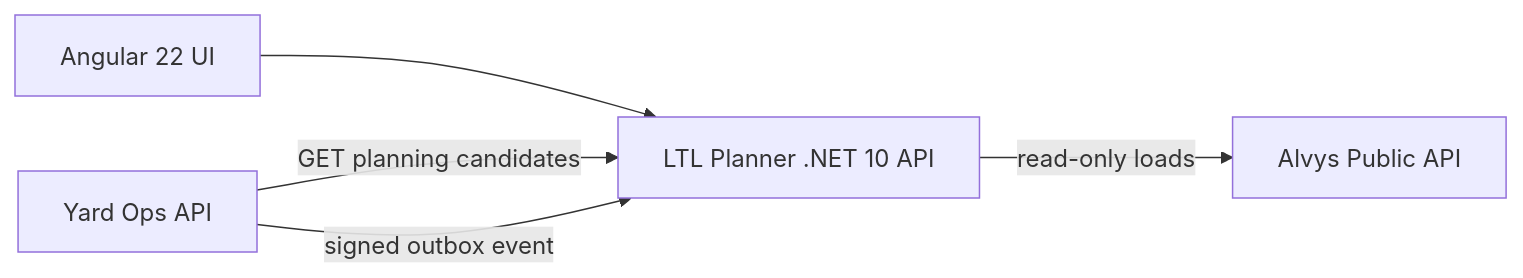
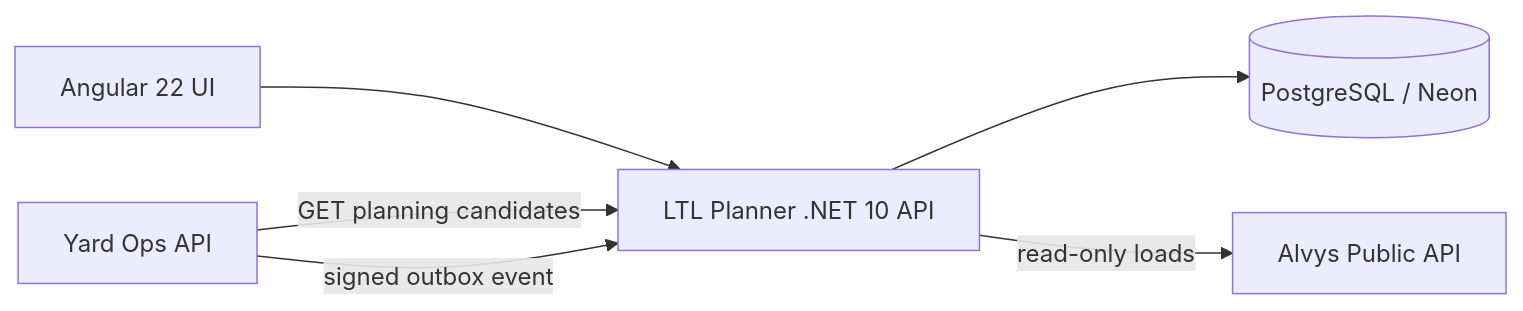
Before and after one commit to poker-kid-100717/ltl-planner: the diagram in docs/architecture.md, drawn with Mermaid. The commit also changed other lines of this file, not shown here.

````diff
--- a/docs/architecture.md
+++ b/docs/architecture.md
@@ -3,7 +3,8 @@
 ```mermaid
 flowchart LR
   WEB[Angular 22 UI] --> API[LTL Planner .NET 10 API]
+  API --> DB[(PostgreSQL / Neon)]
   API -->|read-only loads| ALVYS[Alvys Public API]
   YARD[Yard Ops API] -->|GET planning candidates| API
   YARD -->|signed outbox event| API
 ```
````
